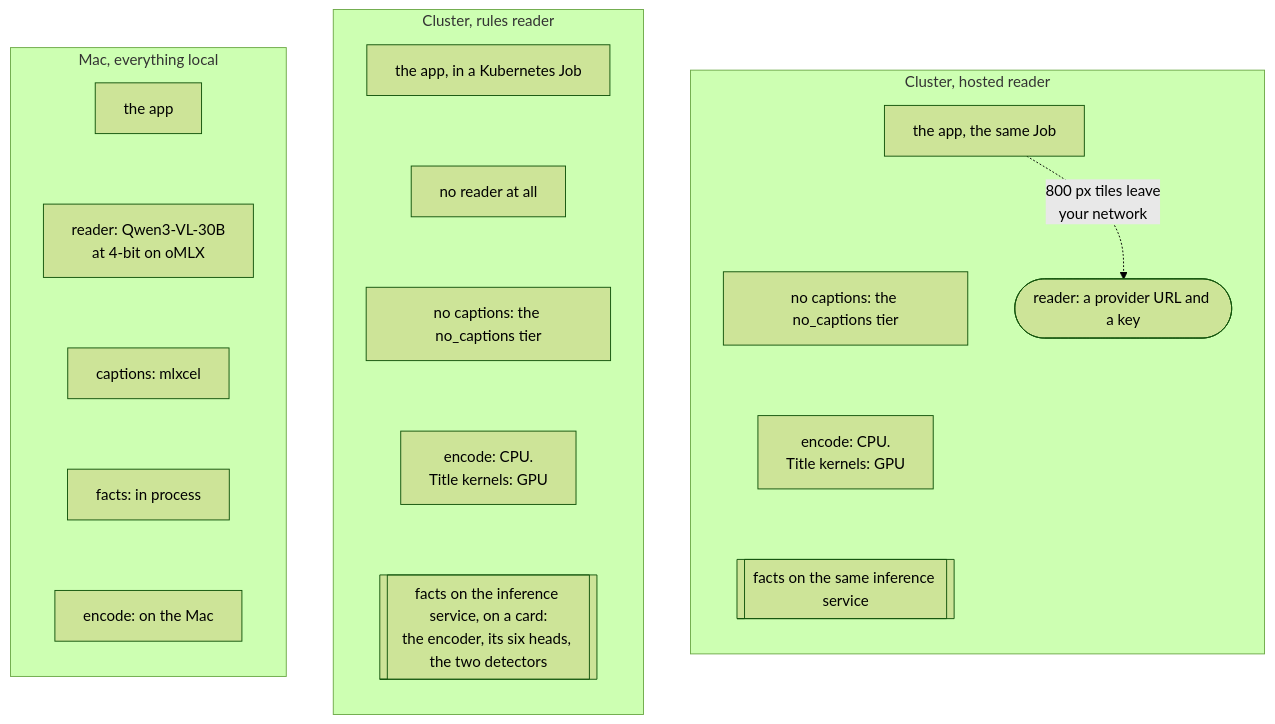
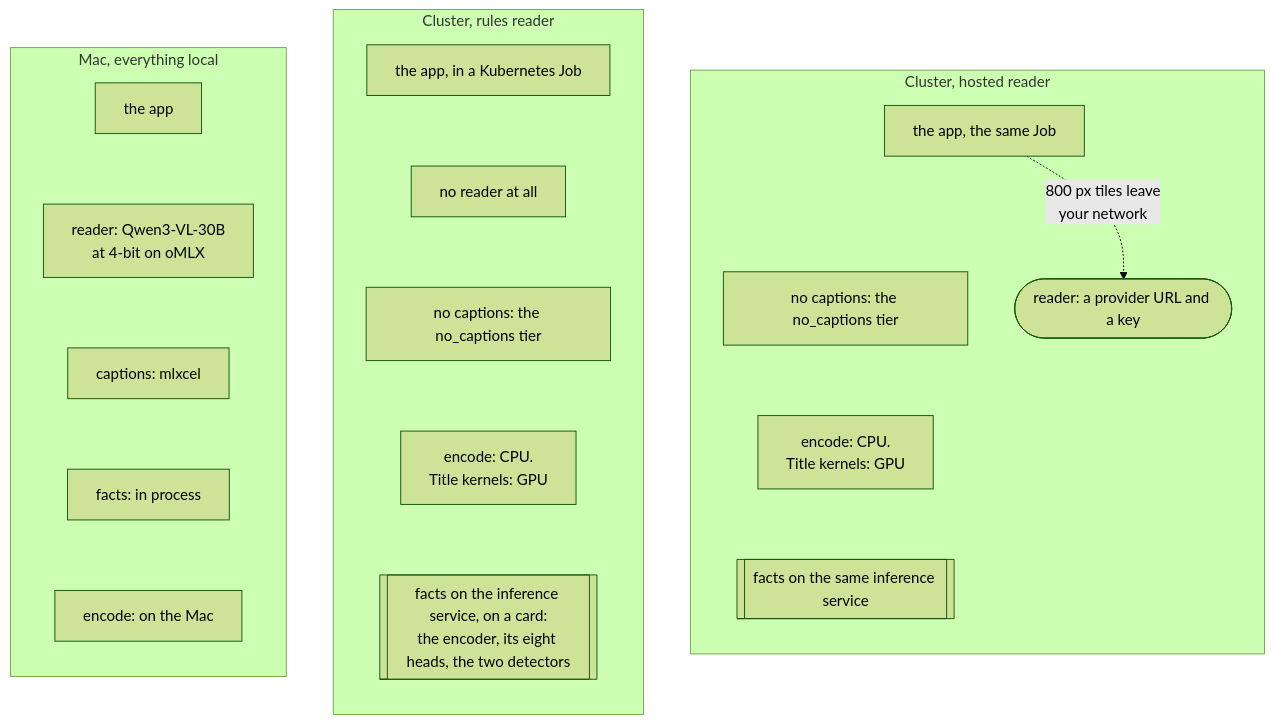
Before and after one commit to chenzeyan54-commits/immich-video-memory-generator: the diagram in docs-site/docs/deploy/running-modes.md, drawn with Mermaid (forest theme). The commit also changed other lines of this file and 80 other files, not shown here.

````diff
--- a/docs-site/docs/deploy/running-modes.md
+++ b/docs-site/docs/deploy/running-modes.md
@@ -455,25 +469,25 @@
 ```mermaid
 flowchart LR
     subgraph mac["Mac, everything local"]
         direction TB
         m1["the app"] ~~~ m2["reader: Qwen3-VL-30B<br/>at 4-bit on oMLX"] ~~~ m3["captions: mlxcel"]
         m3 ~~~ m4["facts: in process"] ~~~ m5["encode: on the Mac"]
     end
 
     subgraph rules["Cluster, rules reader"]
         direction TB
         r1["the app, in a Kubernetes Job"] ~~~ r2["no reader at all"]
         r2 ~~~ r3["no captions: the no_captions tier"] ~~~ r4["encode: CPU.<br/>Title kernels: GPU"]
-        r4 ~~~ r5[["facts on the inference service, on a card:<br/>the encoder, its six heads, the two detectors"]]
+        r4 ~~~ r5[["facts on the inference service, on a card:<br/>the encoder, its eight heads, the two detectors"]]
     end
 
     subgraph hosted["Cluster, hosted reader"]
         direction TB
         h1["the app, the same Job"] ~~~ h2["no captions: the no_captions tier"]
         h2 ~~~ h3["encode: CPU.<br/>Title kernels: GPU"]
         h3 ~~~ h4[["facts on the same inference service"]]
         h1 -.->|"800 px tiles leave<br/>your network"| h5(["reader: a provider URL and a key"])
     end
 
     mac ~~~ rules ~~~ hosted
 ```
````
